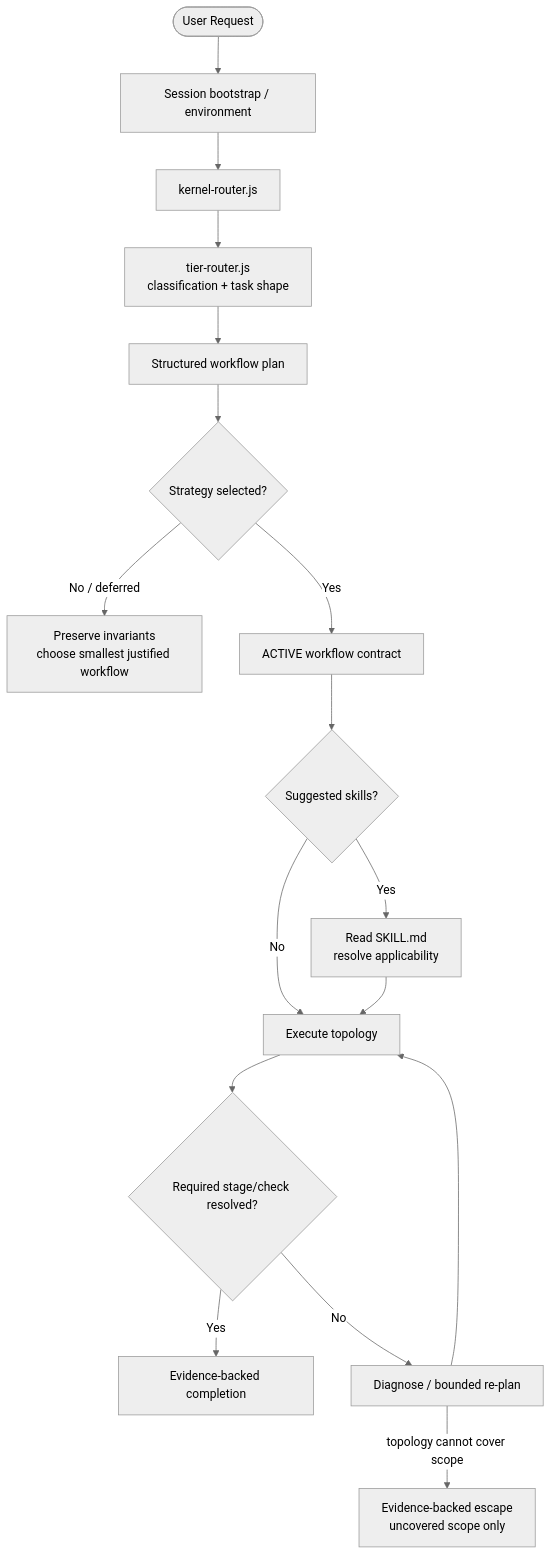
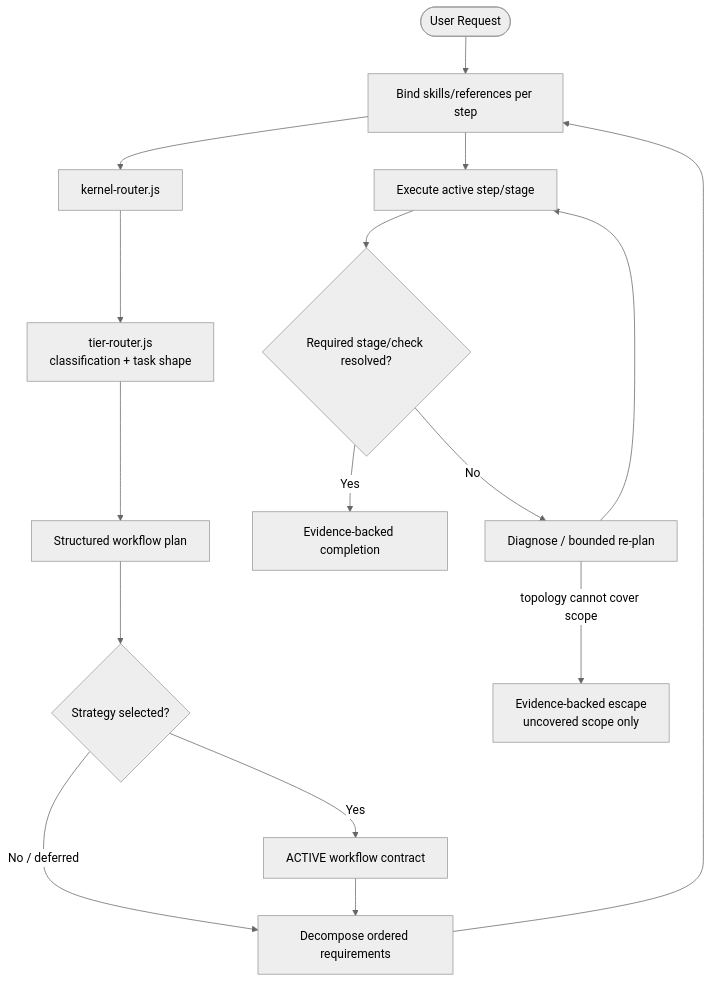
Before and after one commit to dyphn1/Harness-everything: the first of 3 diagrams in docs/architecture.md, drawn with Mermaid (neutral theme). The commit also changed other lines of this file and 70 other files, not shown here.

First line of the commit message:
feat(workflow): bind knowledge to active steps

````diff
--- a/docs/architecture.md
+++ b/docs/architecture.md
@@ -25,19 +25,18 @@
 ```mermaid
 flowchart TD
     U([User Request]) --> B[Session bootstrap / environment]
     B --> K[kernel-router.js]
     K --> T[tier-router.js<br/>classification + task shape]
     T --> P[Structured workflow plan]
     P --> A{Strategy selected?}
     A -- No / deferred --> D[Preserve invariants<br/>choose smallest justified workflow]
     A -- Yes --> C[ACTIVE workflow contract]
-    C --> S{Suggested skills?}
-    S -- Yes --> E[Read SKILL.md<br/>resolve applicability]
-    S -- No --> X[Execute topology]
-    E --> X
+    C --> D[Decompose ordered requirements]
+    D --> B[Bind skills/references per step]
+    B --> X[Execute active step/stage]
     X --> V{Required stage/check resolved?}
     V -- Yes --> Done[Evidence-backed completion]
     V -- No --> R[Diagnose / bounded re-plan]
     R --> X
     R -- topology cannot cover scope --> Esc[Evidence-backed escape<br/>uncovered scope only]
 ```
````
